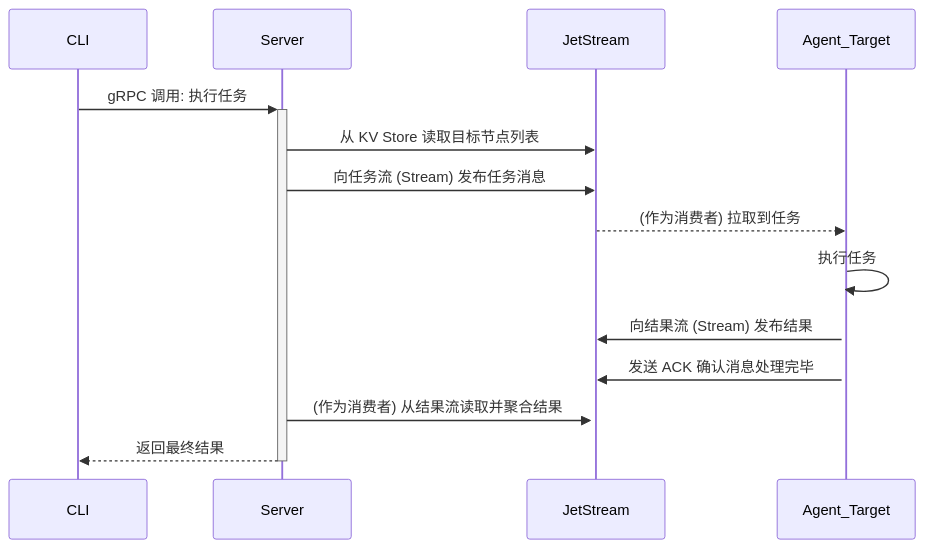
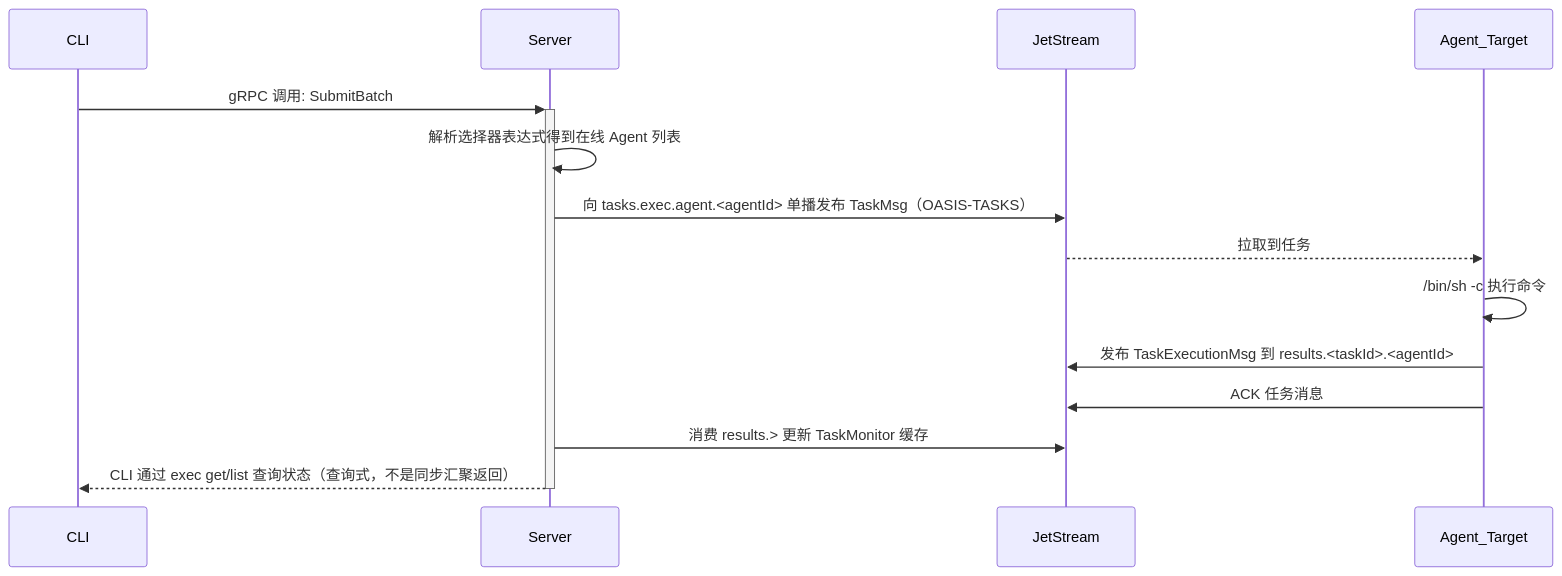
The fourth of 5 diagrams in 大规模集群节点管理工具方案设计文档.md (CHAK-MING/oasis), drawn with Mermaid before and after one commit. The commit also changed other lines of this file and 46 other files, not shown here.

````diff
--- a/大规模集群节点管理工具方案设计文档.md
+++ b/大规模集群节点管理工具方案设计文档.md
@@ -256,17 +282,17 @@
 ```mermaid
 sequenceDiagram
     participant CLI
     participant Server
     participant JetStream
     participant Agent_Target
 
-    CLI->>+Server: gRPC 调用: 执行任务
-    Server->>JetStream: 从 KV Store 读取目标节点列表
-    Server->>JetStream: 向任务流 (Stream) 发布任务消息
-    JetStream-->>Agent_Target: (作为消费者) 拉取到任务
-    Agent_Target->>+Agent_Target: 执行任务
-    Agent_Target->>JetStream: 向结果流 (Stream) 发布结果
-    Agent_Target->>JetStream: 发送 ACK 确认消息处理完毕
-    Server->>+JetStream: (作为消费者) 从结果流读取并聚合结果
-    Server-->>-CLI: 返回最终结果
+    CLI->>+Server: gRPC 调用: SubmitBatch
+    Server->>Server: 解析选择器表达式得到在线 Agent 列表
+    Server->>JetStream: 向 tasks.exec.agent.<agentId> 单播发布 TaskMsg（OASIS-TASKS）
+    JetStream-->>Agent_Target: 拉取到任务
+    Agent_Target->>Agent_Target: /bin/sh -c 执行命令
+    Agent_Target->>JetStream: 发布 TaskExecutionMsg 到 results.<taskId>.<agentId>
+    Agent_Target->>JetStream: ACK 任务消息
+    Server->>JetStream: 消费 results.> 更新 TaskMonitor 缓存
+    Server-->>-CLI: CLI 通过 exec get/list 查询状态（查询式，不是同步汇聚返回）
 ```
````
